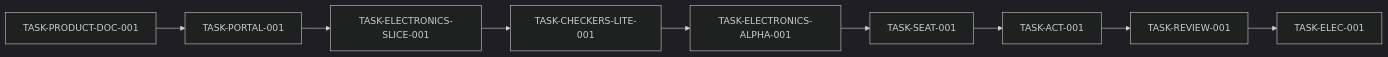
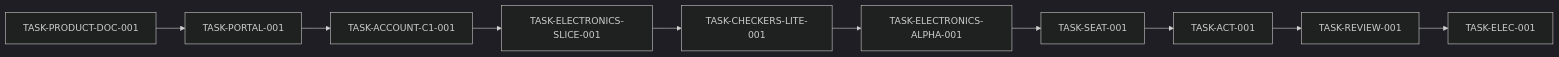
One commit to spikeal8-maker/asa-lab changed the first of 2 diagrams in docs/project-map/QUALITY_MAP.md. Above: the diagram before and after it, drawn with Mermaid (dark theme). The commit also changed other lines of this file and 8 other files, not shown here.

````diff
--- a/docs/project-map/QUALITY_MAP.md
+++ b/docs/project-map/QUALITY_MAP.md
@@ -17,14 +17,15 @@
 ```mermaid
 flowchart LR
     DOC[TASK-PRODUCT-DOC-001]
     PORTAL[TASK-PORTAL-001]
+    ACCOUNT[TASK-ACCOUNT-C1-001]
     PROJECT[TASK-ELECTRONICS-SLICE-001]
     CHECKERS[TASK-CHECKERS-LITE-001]
     EALPHA[TASK-ELECTRONICS-ALPHA-001]
     SEAT[TASK-SEAT-001]
     ACT[TASK-ACT-001]
     REVIEW[TASK-REVIEW-001]
     EFULL[TASK-ELEC-001]
 
-    DOC --> PORTAL --> PROJECT --> CHECKERS --> EALPHA --> SEAT --> ACT --> REVIEW --> EFULL
+    DOC --> PORTAL --> ACCOUNT --> PROJECT --> CHECKERS --> EALPHA --> SEAT --> ACT --> REVIEW --> EFULL
 ```
````
